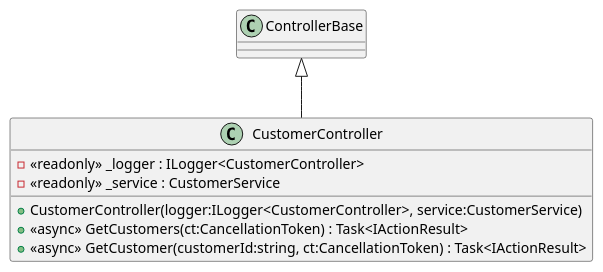
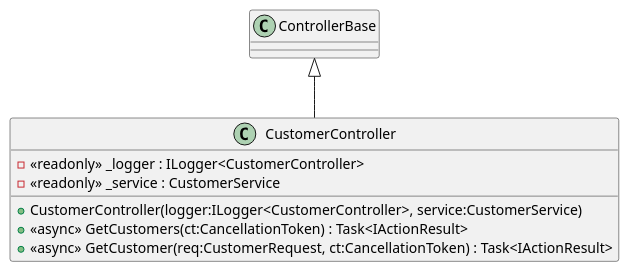
Before and after one commit to domoar/Northwind-Api: the diagram in .extras/docu/plantuml/CustomerController.puml, drawn with PlantUML.

Commit message:
chore: update PlantUML diagrams

```diff
--- a/.extras/docu/plantuml/CustomerController.puml
+++ b/.extras/docu/plantuml/CustomerController.puml
@@ -1,10 +1,10 @@
 @startuml
 class CustomerController {
     - <<readonly>> _logger : ILogger<CustomerController>
     - <<readonly>> _service : CustomerService
     + CustomerController(logger:ILogger<CustomerController>, service:CustomerService)
     + <<async>> GetCustomers(ct:CancellationToken) : Task<IActionResult>
-    + <<async>> GetCustomer(customerId:string, ct:CancellationToken) : Task<IActionResult>
+    + <<async>> GetCustomer(req:CustomerRequest, ct:CancellationToken) : Task<IActionResult>
 }
 ControllerBase <|-- CustomerController
 @enduml
```
